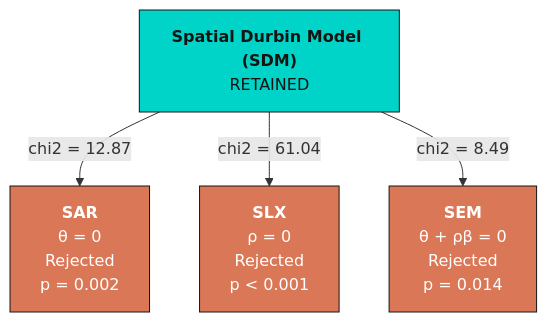
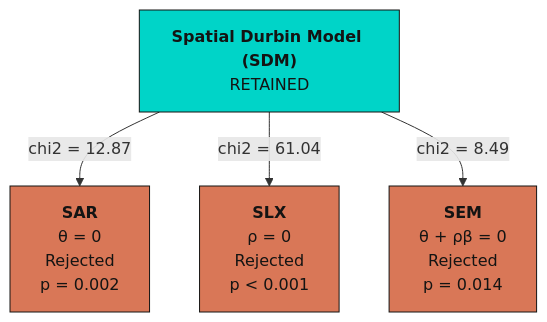
One commit to cmg777/starter-academic-v501 changed the third of 3 diagrams in content/post/stata_sp_regression_panel/index.md. Above: the diagram before and after it, drawn with Mermaid. The commit also changed other lines of this file and 67 other files, not shown here.

First line of the commit message:
fix(mermaid): readable diagram text in both themes across the site

````diff
--- a/content/post/stata_sp_regression_panel/index.md
+++ b/content/post/stata_sp_regression_panel/index.md
@@ -726,16 +726,16 @@
 ```mermaid
 graph TD
     SDM["<b>Spatial Durbin Model (SDM)</b><br/>RETAINED"]
     SAR["<b>SAR</b><br/>θ = 0<br/>Rejected<br/>p = 0.002"]
     SLX["<b>SLX</b><br/>ρ = 0<br/>Rejected<br/>p < 0.001"]
     SEM["<b>SEM</b><br/>θ + ρβ = 0<br/>Rejected<br/>p = 0.014"]
 
     SDM -->|"chi2 = 12.87"| SAR
     SDM -->|"chi2 = 61.04"| SLX
     SDM -->|"chi2 = 8.49"| SEM
 
     style SDM fill:#00d4c8,stroke:#141413,color:#141413
-    style SAR fill:#d97757,stroke:#141413,color:#fff
-    style SLX fill:#d97757,stroke:#141413,color:#fff
-    style SEM fill:#d97757,stroke:#141413,color:#fff
+    style SAR fill:#d97757,stroke:#141413,color:#141413
+    style SLX fill:#d97757,stroke:#141413,color:#141413
+    style SEM fill:#d97757,stroke:#141413,color:#141413
 ```
````
